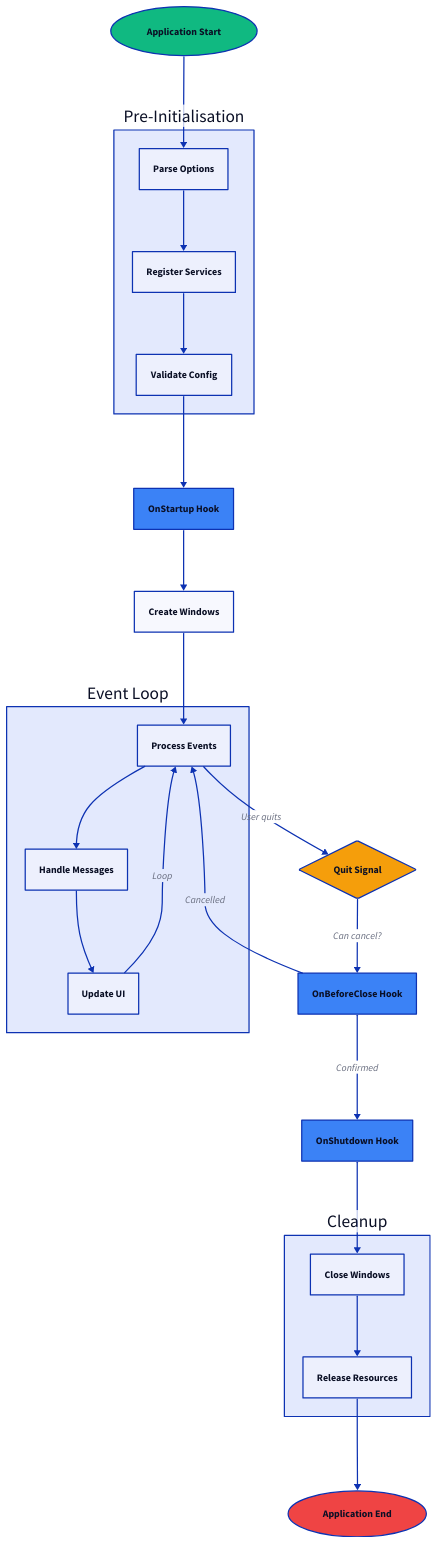
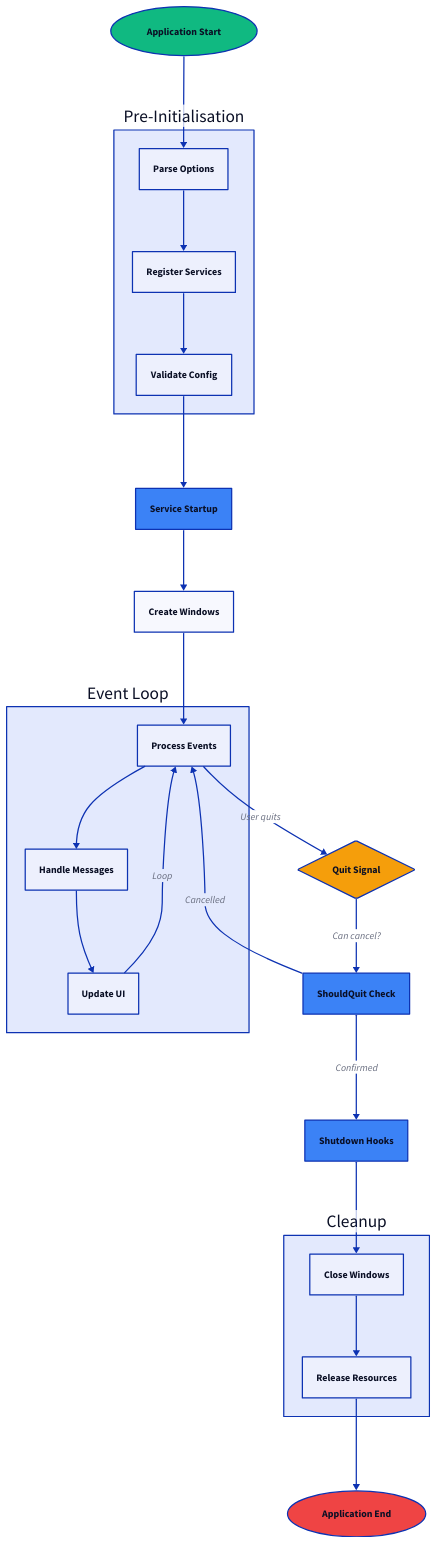
Before and after one commit to wailsapp/wails: the first of 2 diagrams in docs/src/content/docs/concepts/lifecycle.mdx, drawn with D2. The commit also changed other lines of this file and 22 other files, not shown here.

```diff
--- a/docs/src/content/docs/concepts/lifecycle.mdx
+++ b/docs/src/content/docs/concepts/lifecycle.mdx
@@ -33,7 +33,7 @@
   }
 }
 
-OnStartup: "OnStartup Hook" {
+ServiceStartup: "Service Startup" {
   shape: rectangle
   style.fill: "#3B82F6"
 }
@@ -59,12 +59,12 @@
   style.fill: "#F59E0B"
 }
 
-OnBeforeClose: "OnBeforeClose Hook" {
+ShouldQuit: "ShouldQuit Check" {
   shape: rectangle
   style.fill: "#3B82F6"
 }
 
-OnShutdown: "OnShutdown Hook" {
+OnShutdown: "Shutdown Hooks" {
   shape: rectangle
   style.fill: "#3B82F6"
 }
@@ -86,16 +86,16 @@
 Start -> PreInit.Parse
 PreInit.Parse -> PreInit.Register
 PreInit.Register -> PreInit.Validate
-PreInit.Validate -> OnStartup
-OnStartup -> CreateWindows
+PreInit.Validate -> ServiceStartup
+ServiceStartup -> CreateWindows
 CreateWindows -> EventLoop.Process
 EventLoop.Process -> EventLoop.Handle
 EventLoop.Handle -> EventLoop.Update
 EventLoop.Update -> EventLoop.Process: "Loop"
 EventLoop.Process -> QuitSignal: "User quits"
-QuitSignal -> OnBeforeClose: "Can cancel?"
-OnBeforeClose -> EventLoop.Process: "Cancelled"
-OnBeforeClose -> OnShutdown: "Confirmed"
+QuitSignal -> ShouldQuit: "Can cancel?"
+ShouldQuit -> EventLoop.Process: "Cancelled"
+ShouldQuit -> OnShutdown: "Confirmed"
 OnShutdown -> Cleanup.Close
 Cleanup.Close -> Cleanup.Release
 Cleanup.Release -> End
```
